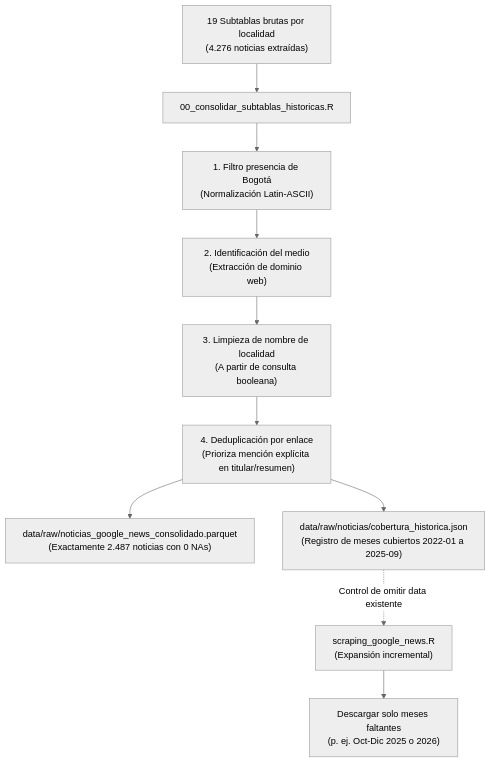
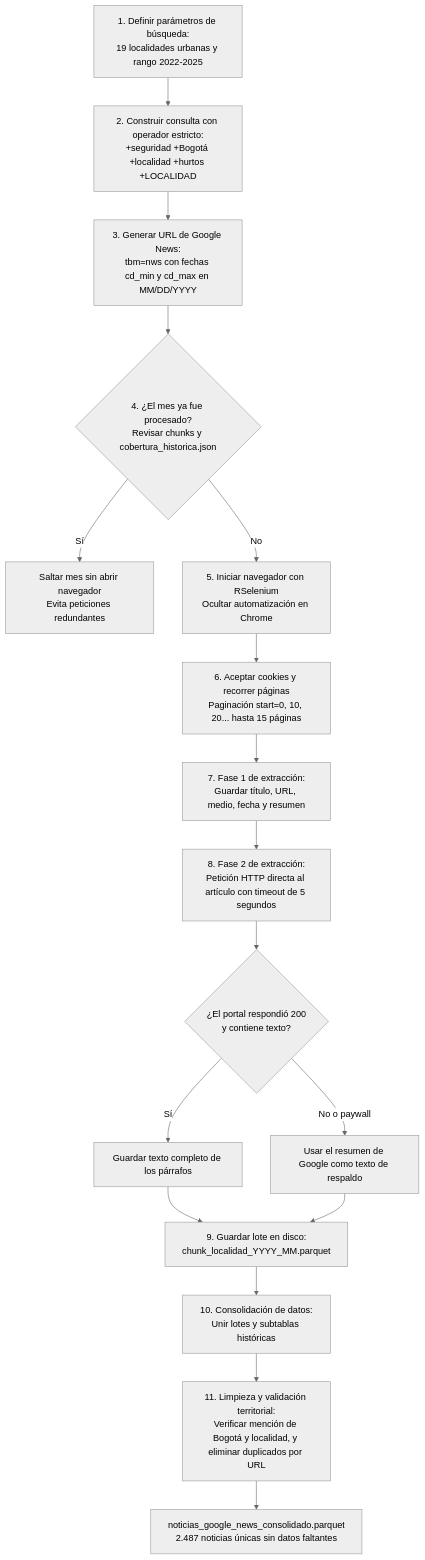
One commit to juanjo-edm/Repo_Entrega_Final_Taller_R changed the diagram in scripts/01_ingesta/02_scraping_noticias/README.md. Above: the diagram before and after it, drawn with Mermaid (neutral theme). The commit also changed other lines of this file, not shown here.

Commit message:
docs: reestructurar README de scraping con diagrama completo y reglas metodológicas detalladas

````diff
--- a/scripts/01_ingesta/02_scraping_noticias/README.md
+++ b/scripts/01_ingesta/02_scraping_noticias/README.md
@@ -33,13 +19,24 @@
 ```mermaid
 flowchart TD
-    A["19 Subtablas brutas por localidad<br/>(4.276 noticias extraídas)"] --> B["00_consolidar_subtablas_historicas.R"]
-    B --> C["1. Filtro presencia de Bogotá<br/>(Normalización Latin-ASCII)"]
-    C --> D["2. Identificación del medio<br/>(Extracción de dominio web)"]
-    D --> E["3. Limpieza de nombre de localidad<br/>(A partir de consulta booleana)"]
-    E --> F["4. Deduplicación por enlace<br/>(Prioriza mención explícita en titular/resumen)"]
-    F --> G["data/raw/noticias_google_news_consolidado.parquet<br/>(Exactamente 2.487 noticias con 0 NAs)"]
-    F --> H["data/raw/noticias/cobertura_historica.json<br/>(Registro de meses cubiertos 2022-01 a 2025-09)"]
+    A["1. Definir parámetros de búsqueda:<br/>19 localidades urbanas y rango 2022-2025"] --> B["2. Construir consulta con operador estricto:<br/>+seguridad +Bogotá +localidad +hurtos +LOCALIDAD"]
+    B --> C["3. Generar URL de Google News:<br/>tbm=nws con fechas cd_min y cd_max en MM/DD/YYYY"]
+    C --> D{"4. ¿El mes ya fue procesado?<br/>Revisar chunks y cobertura_historica.json"}
     
-    H -. Control de omitir data existente .-> I["scraping_google_news.R<br/>(Expansión incremental)"]
-    I --> J["Descargar solo meses faltantes<br/>(p. ej. Oct-Dic 2025 o 2026)"]
+    D -- "Sí" --> E["Saltar mes sin abrir navegador<br/>Evita peticiones redundantes"]
+    D -- "No" --> F["5. Iniciar navegador con RSelenium<br/>Ocultar automatización en Chrome"]
+    
+    F --> G["6. Aceptar cookies y recorrer páginas<br/>Paginación start=0, 10, 20... hasta 15 páginas"]
+    G --> H["7. Fase 1 de extracción:<br/>Guardar título, URL, medio, fecha y resumen"]
+    H --> I["8. Fase 2 de extracción:<br/>Petición HTTP directa al artículo con timeout de 5 segundos"]
+    
+    I --> J{"¿El portal respondió 200<br/>y contiene texto?"}
+    J -- "Sí" --> K["Guardar texto completo de los párrafos"]
+    J -- "No o paywall" --> L["Usar el resumen de Google como texto de respaldo"]
+    
+    K --> M["9. Guardar lote en disco:<br/>chunk_localidad_YYYY_MM.parquet"]
+    L --> M
+    
+    M --> N["10. Consolidación de datos:<br/>Unir lotes y subtablas históricas"]
+    N --> O["11. Limpieza y validación territorial:<br/>Verificar mención de Bogotá y localidad, y eliminar duplicados por URL"]
+    O --> P["noticias_google_news_consolidado.parquet<br/>2.487 noticias únicas sin datos faltantes"]
 ```
````
